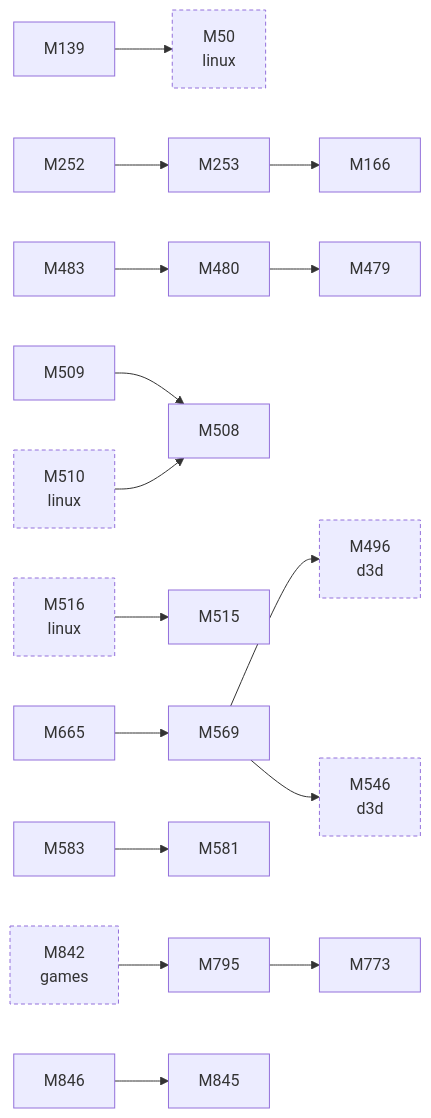
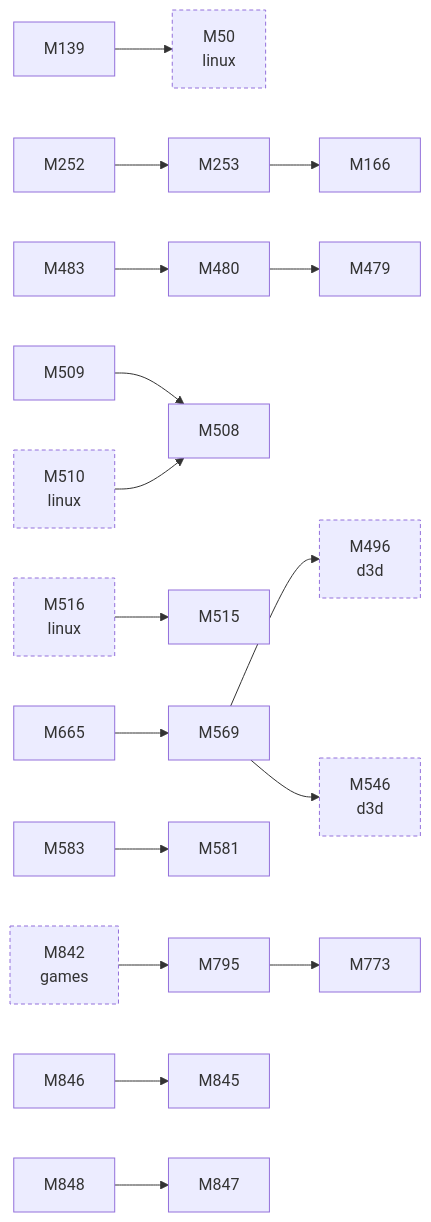
The second of 2 diagrams in docs/facts/graphs/icd.md (D-Ogi/amdgpu-wddm), drawn with Mermaid before and after one commit. The commit also changed 18 other files, not shown here.

````diff
--- a/docs/facts/graphs/icd.md
+++ b/docs/facts/graphs/icd.md
@@ -26,44 +26,47 @@
 ```mermaid
 flowchart LR
   M50["M50<br/>linux"]
   M139["M139"]
   M166["M166"]
   M252["M252"]
   M253["M253"]
   M479["M479"]
   M480["M480"]
   M483["M483"]
   M496["M496<br/>d3d"]
   M508["M508"]
   M509["M509"]
   M510["M510<br/>linux"]
   M515["M515"]
   M516["M516<br/>linux"]
   M546["M546<br/>d3d"]
   M569["M569"]
   M581["M581"]
   M583["M583"]
   M665["M665"]
   M773["M773"]
   M795["M795"]
   M842["M842<br/>games"]
   M845["M845"]
   M846["M846"]
+  M847["M847"]
+  M848["M848"]
   M139 --> M50
   M252 --> M253
   M253 --> M166
   M480 --> M479
   M483 --> M480
   M509 --> M508
   M569 --> M496
   M569 --> M546
   M583 --> M581
   M665 --> M569
   M795 --> M773
   M846 --> M845
+  M848 --> M847
   M842 --> M795
   M510 --> M508
   M516 --> M515
   classDef other stroke-dasharray:4 3
   class M50,M496,M510,M516,M546,M842 other
 ```
````
